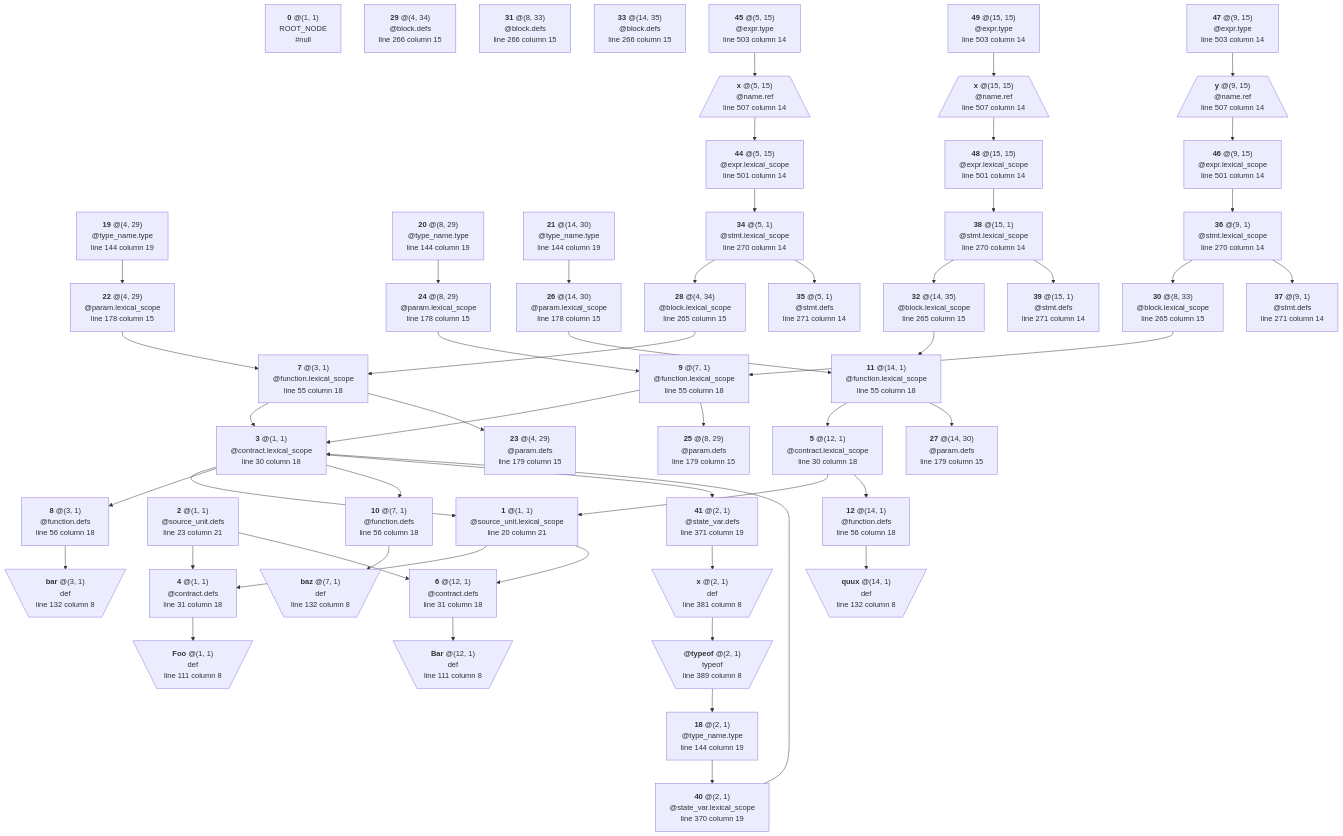
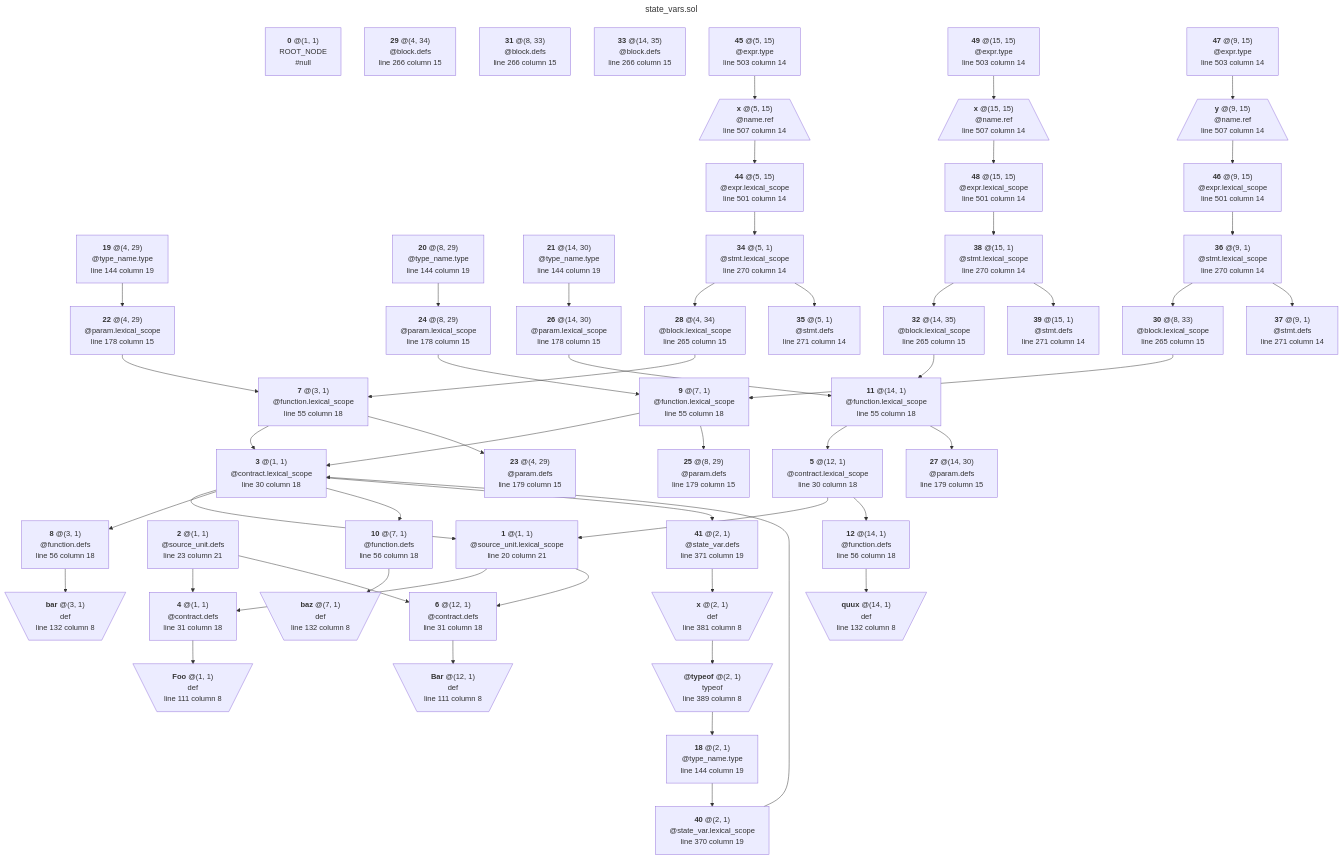
Before and after one commit to manastech/slang: the diagram in crates/solidity/testing/snapshots/bindings_output/lexical/generated/state_vars.sol-0.5.0.mmd, drawn with Mermaid. The commit also changed 25 other files, not shown here.

```diff
--- a/crates/solidity/testing/snapshots/bindings_output/lexical/generated/state_vars.sol-0.5.0.mmd
+++ b/crates/solidity/testing/snapshots/bindings_output/lexical/generated/state_vars.sol-0.5.0.mmd
@@ -1,3 +1,6 @@
+---
+title: state_vars.sol
+---
 graph TD
 	N0["`**0** @(1, 1)
 ROOT_NODE
```
